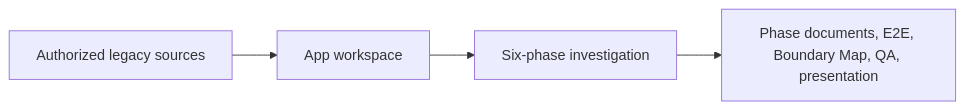
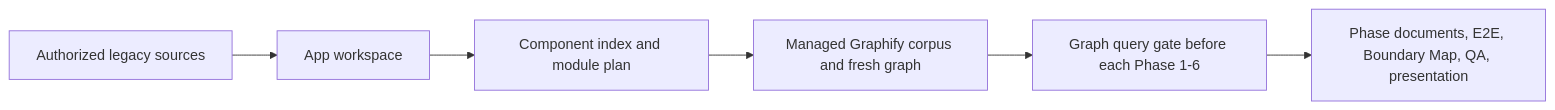
The diagram in README.md (tuanvtanrakutei/sms-legacy-investigation-kit), drawn with Mermaid before and after one commit. The commit also changed other lines of this file and 31 other files, not shown here.

Commit message:
feat: require Graphify context before every phase

````diff
--- a/README.md
+++ b/README.md
@@ -79,6 +87,8 @@
 ```mermaid
 flowchart LR
     S[Authorized legacy sources] --> W[App workspace]
-    W --> P[Six-phase investigation]
+    W --> C[Component index and module plan]
+    C --> G[Managed Graphify corpus and fresh graph]
+    G --> P[Graph query gate before each Phase 1-6]
     P --> O[Phase documents, E2E, Boundary Map, QA, presentation]
 ```
````
